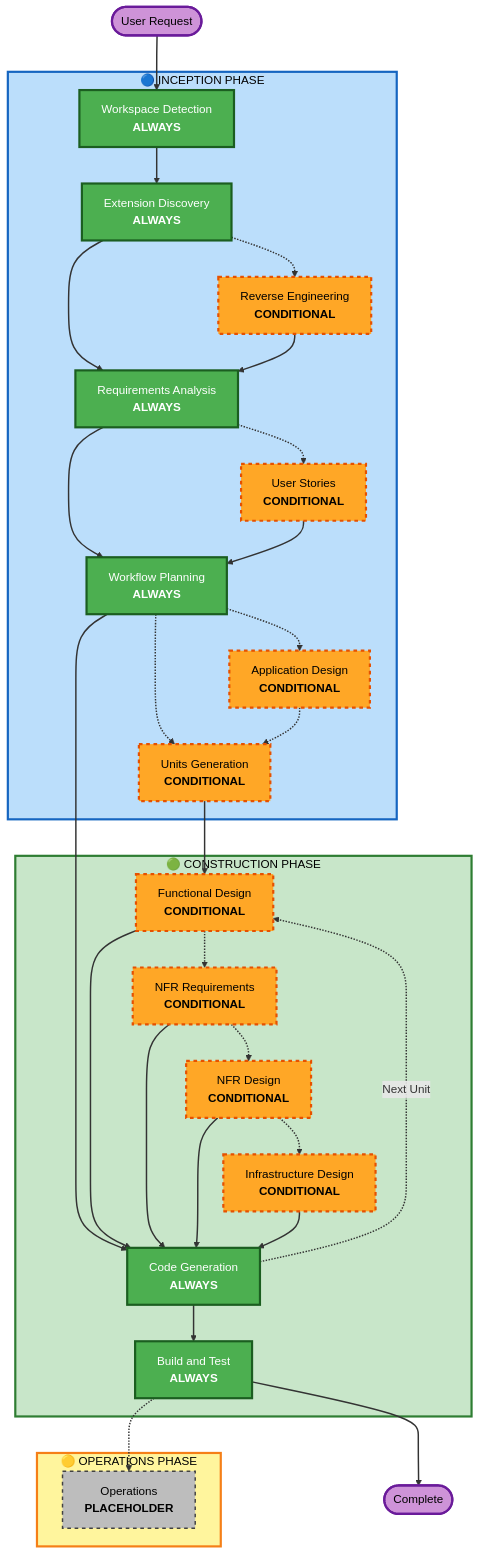
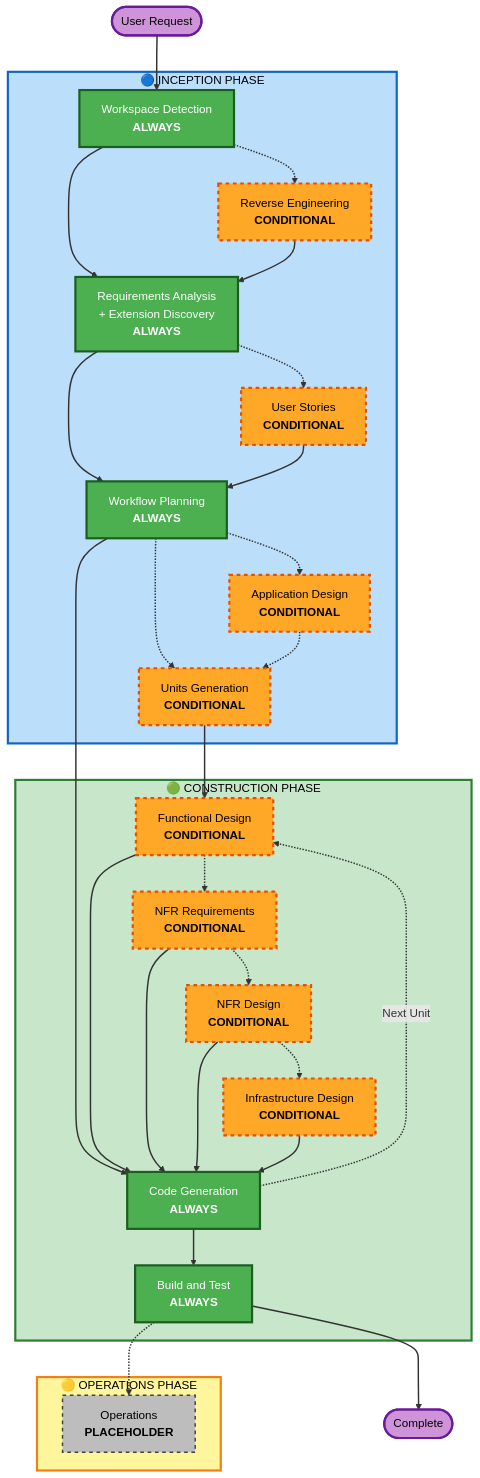
Before and after one commit to harmjeff/aidlc-workflows: the diagram in aidlc-rules/aws-aidlc-rule-details/common/process-overview.md, drawn with Mermaid. The commit also changed other lines of this file and 2 other files, not shown here.

Commit message:
refactor: Extension Discovery within Requirements Analysis, remove hardcoded examples
- Extension Discovery embedded in Requirements Analysis (after questions, before doc generation)
- Remove hardcoded extension names from core-workflow.md — use dynamic manifest data
- No separate Extension Discovery stage
- Extensions have full context before generating phase files
- Requirements document includes compliance content from first generation

````diff
--- a/aidlc-rules/aws-aidlc-rule-details/common/process-overview.md
+++ b/aidlc-rules/aws-aidlc-rule-details/common/process-overview.md
@@ -34,81 +34,78 @@
 ```mermaid
 flowchart TD
     Start(["User Request"])
     
     subgraph INCEPTION["🔵 INCEPTION PHASE"]
         WD["Workspace Detection<br/><b>ALWAYS</b>"]
-        ED["Extension Discovery<br/><b>ALWAYS</b>"]
         RE["Reverse Engineering<br/><b>CONDITIONAL</b>"]
-        RA["Requirements Analysis<br/><b>ALWAYS</b>"]
+        RA["Requirements Analysis<br/>+ Extension Discovery<br/><b>ALWAYS</b>"]
         Stories["User Stories<br/><b>CONDITIONAL</b>"]
         WP["Workflow Planning<br/><b>ALWAYS</b>"]
         AppDesign["Application Design<br/><b>CONDITIONAL</b>"]
         UnitsG["Units Generation<br/><b>CONDITIONAL</b>"]
     end
     
     subgraph CONSTRUCTION["🟢 CONSTRUCTION PHASE"]
         FD["Functional Design<br/><b>CONDITIONAL</b>"]
         NFRA["NFR Requirements<br/><b>CONDITIONAL</b>"]
         NFRD["NFR Design<br/><b>CONDITIONAL</b>"]
         ID["Infrastructure Design<br/><b>CONDITIONAL</b>"]
         CG["Code Generation<br/><b>ALWAYS</b>"]
         BT["Build and Test<br/><b>ALWAYS</b>"]
     end
     
     subgraph OPERATIONS["🟡 OPERATIONS PHASE"]
         OPS["Operations<br/><b>PLACEHOLDER</b>"]
     end
     
     Start --> WD
-    WD --> ED
-    ED -.-> RE
-    ED --> RA
+    WD -.-> RE
+    WD --> RA
     RE --> RA
     
     RA -.-> Stories
     RA --> WP
     Stories --> WP
     
     WP -.-> AppDesign
     WP -.-> UnitsG
     AppDesign -.-> UnitsG
     UnitsG --> FD
     FD -.-> NFRA
     NFRA -.-> NFRD
     NFRD -.-> ID
     
     WP --> CG
     FD --> CG
     NFRA --> CG
     NFRD --> CG
     ID --> CG
     CG -.->|Next Unit| FD
     CG --> BT
     BT -.-> OPS
     BT --> End(["Complete"])
     
     style WD fill:#4CAF50,stroke:#1B5E20,stroke-width:3px,color:#fff
-    style ED fill:#4CAF50,stroke:#1B5E20,stroke-width:3px,color:#fff
     style RA fill:#4CAF50,stroke:#1B5E20,stroke-width:3px,color:#fff
     style WP fill:#4CAF50,stroke:#1B5E20,stroke-width:3px,color:#fff
 
     style CG fill:#4CAF50,stroke:#1B5E20,stroke-width:3px,color:#fff
     style BT fill:#4CAF50,stroke:#1B5E20,stroke-width:3px,color:#fff
     style OPS fill:#BDBDBD,stroke:#424242,stroke-width:2px,stroke-dasharray: 5 5,color:#000
     style RE fill:#FFA726,stroke:#E65100,stroke-width:3px,stroke-dasharray: 5 5,color:#000
     style Stories fill:#FFA726,stroke:#E65100,stroke-width:3px,stroke-dasharray: 5 5,color:#000
     style AppDesign fill:#FFA726,stroke:#E65100,stroke-width:3px,stroke-dasharray: 5 5,color:#000
 
     style UnitsG fill:#FFA726,stroke:#E65100,stroke-width:3px,stroke-dasharray: 5 5,color:#000
     style FD fill:#FFA726,stroke:#E65100,stroke-width:3px,stroke-dasharray: 5 5,color:#000
     style NFRA fill:#FFA726,stroke:#E65100,stroke-width:3px,stroke-dasharray: 5 5,color:#000
     style NFRD fill:#FFA726,stroke:#E65100,stroke-width:3px,stroke-dasharray: 5 5,color:#000
     style ID fill:#FFA726,stroke:#E65100,stroke-width:3px,stroke-dasharray: 5 5,color:#000
     style INCEPTION fill:#BBDEFB,stroke:#1565C0,stroke-width:3px, color:#000
     style CONSTRUCTION fill:#C8E6C9,stroke:#2E7D32,stroke-width:3px, color:#000
     style OPERATIONS fill:#FFF59D,stroke:#F57F17,stroke-width:3px, color:#000
     style Start fill:#CE93D8,stroke:#6A1B9A,stroke-width:3px,color:#000
     style End fill:#CE93D8,stroke:#6A1B9A,stroke-width:3px,color:#000
     
     linkStyle default stroke:#333,stroke-width:2px
 ```
````
